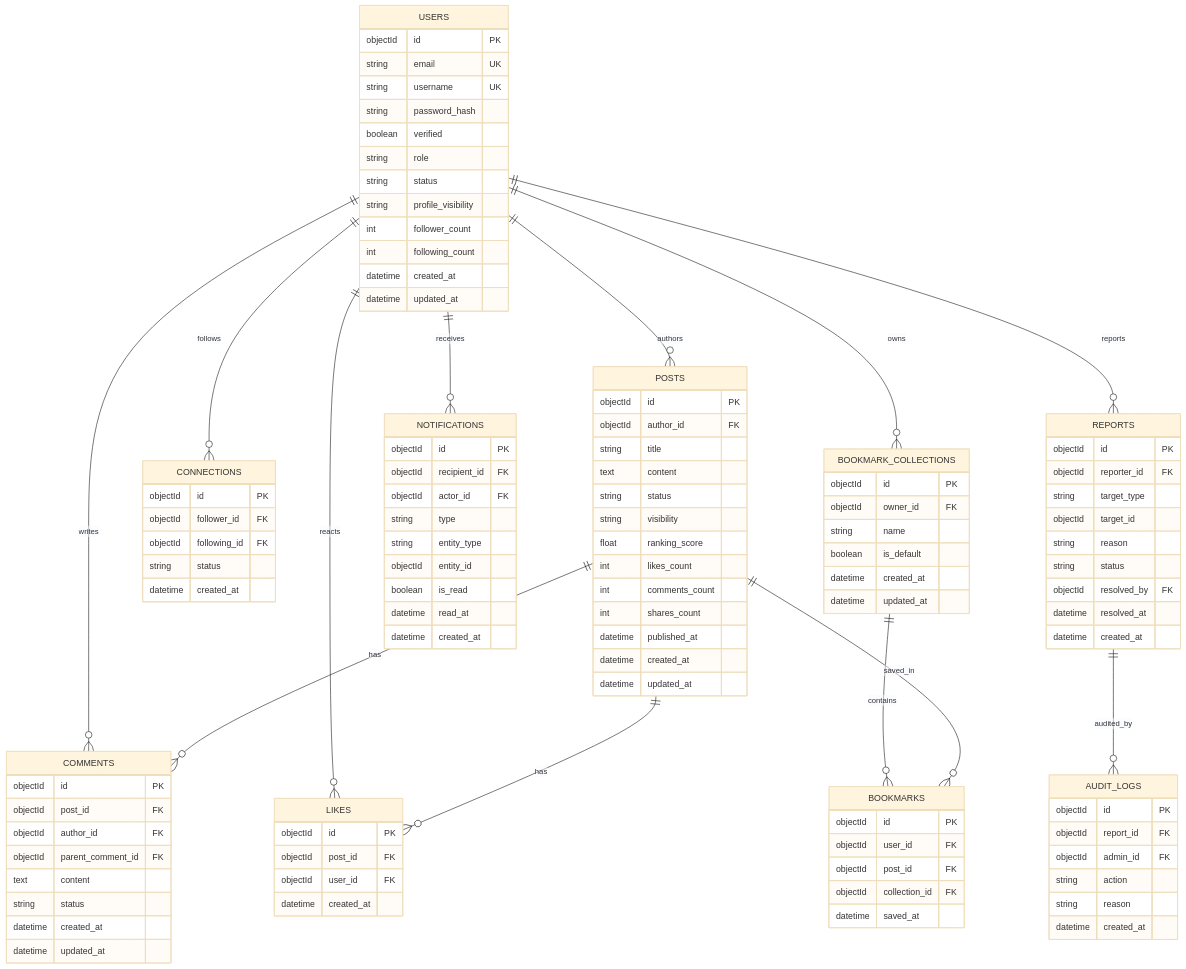
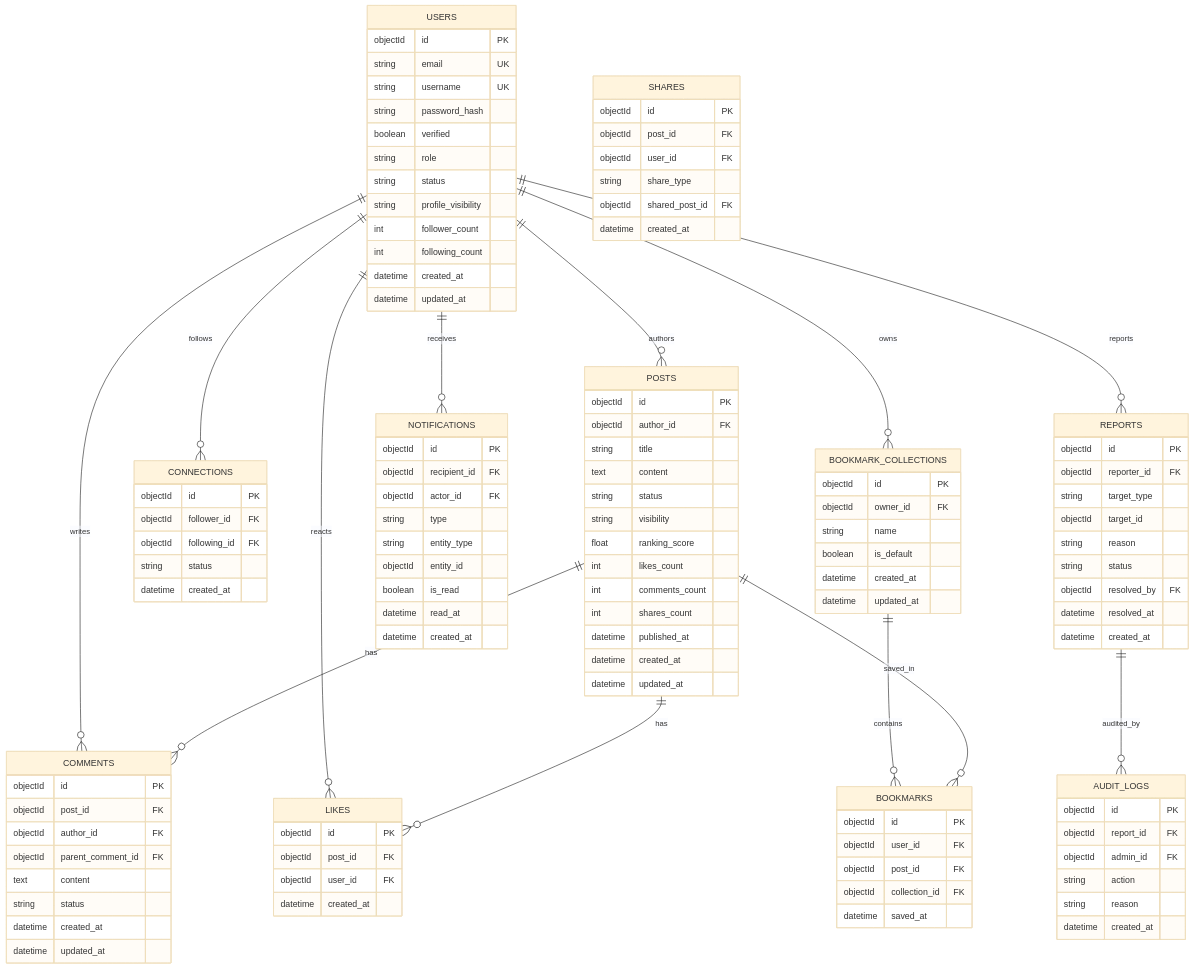
One commit to vuthuonghai-steve/KLTN-By_Thuong_Hai-Steve changed the second of 2 diagrams in Docs/life-2/diagrams/er-diagram.md. Above: the diagram before and after it, drawn with Mermaid (base theme). The commit also changed other lines of this file and 4 other files, not shown here.

```diff
--- a/Docs/life-2/diagrams/er-diagram.md
+++ b/Docs/life-2/diagrams/er-diagram.md
@@ -85,6 +85,15 @@
       objectId id PK
       objectId post_id FK
       objectId user_id FK
+      datetime created_at
+    }
+
+    SHARES {
+      objectId id PK
+      objectId post_id FK
+      objectId user_id FK
+      string share_type
+      objectId shared_post_id FK
       datetime created_at
     }
 
```
